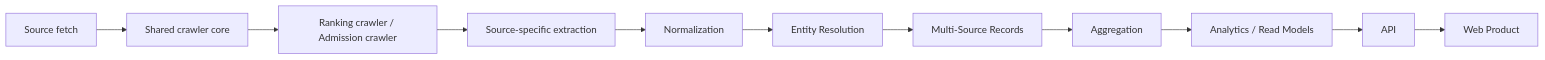
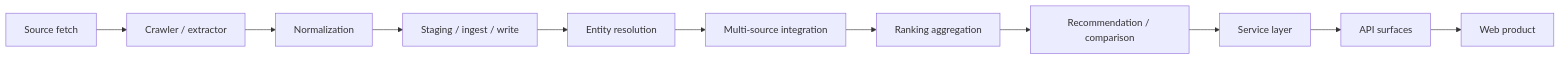
Before and after one commit to heinricitorgau/CrawlerNest: the second of 3 diagrams in docs/SYSTEM_ENGINE_ARCHITECTURE.md, drawn with Mermaid. The commit also changed other lines of this file and 47 other files, not shown here.

````diff
--- a/docs/SYSTEM_ENGINE_ARCHITECTURE.md
+++ b/docs/SYSTEM_ENGINE_ARCHITECTURE.md
@@ -91,13 +109,13 @@
 ```mermaid
 flowchart LR
-    A["Source fetch"] --> B["Shared crawler core"]
-    B --> C["Ranking crawler / Admission crawler"]
-    C --> D["Source-specific extraction"]
-    D --> E["Normalization"]
-    E --> F["Entity Resolution"]
-    F --> G["Multi-Source Records"]
-    G --> H["Aggregation"]
-    H --> I["Analytics / Read Models"]
-    I --> J["API"]
-    J --> K["Web Product"]
+    A["Source fetch"] --> B["Crawler / extractor"]
+    B --> C["Normalization"]
+    C --> D["Staging / ingest / write"]
+    D --> E["Entity resolution"]
+    E --> F["Multi-source integration"]
+    F --> G["Ranking aggregation"]
+    G --> H["Recommendation / comparison"]
+    H --> I["Service layer"]
+    I --> J["API surfaces"]
+    J --> K["Web product"]
 ```
````
